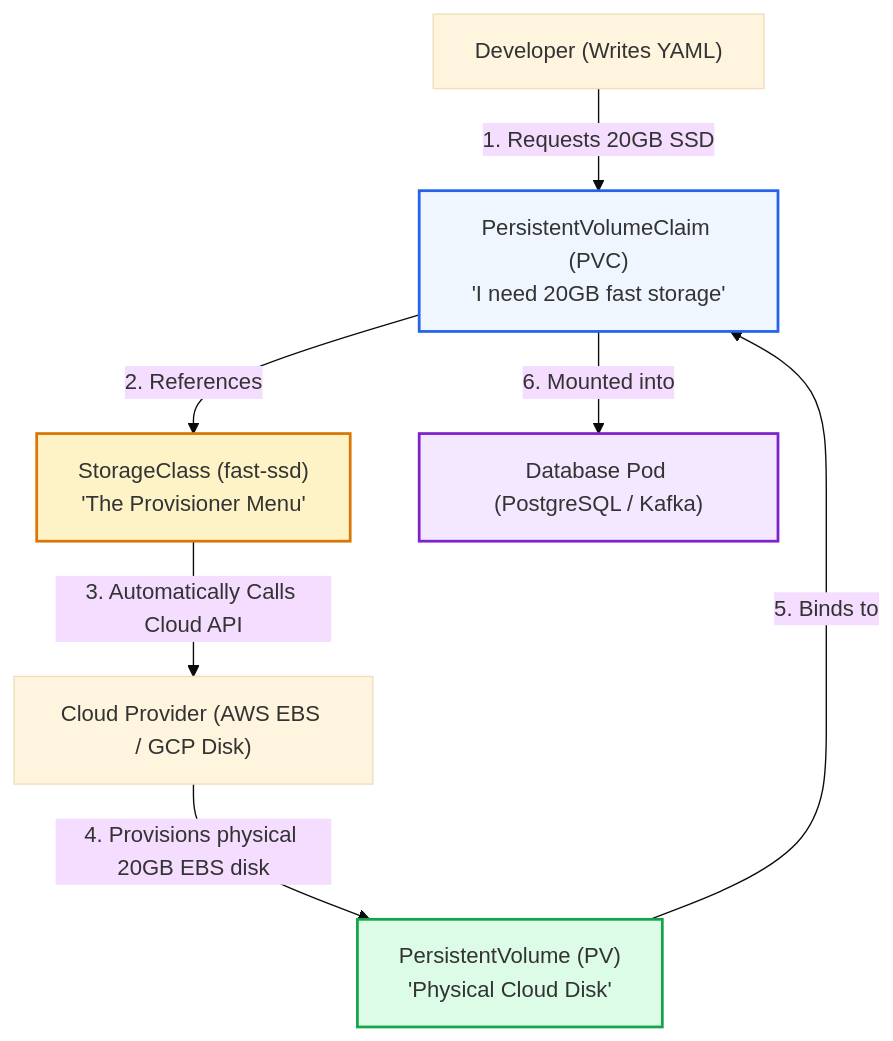
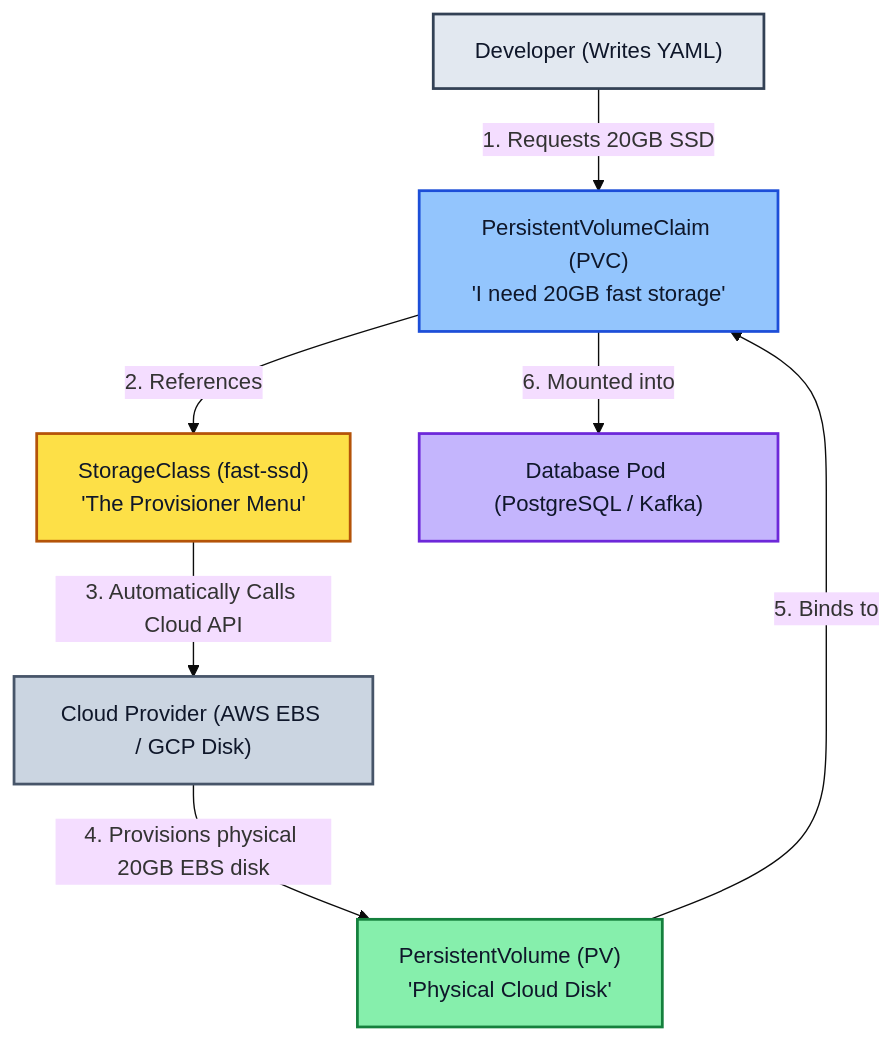
The first of 3 diagrams in 02-Kubernetes/04-Storage-Config-and-Security.md (PandeyKishan/Study-Notes), drawn with Mermaid (base theme) before and after one commit. The commit also changed other lines of this file and 22 other files, not shown here.

Commit message:
docs: enhance diagram visibility with high-contrast palette and add concise book definitions

````diff
--- a/02-Kubernetes/04-Storage-Config-and-Security.md
+++ b/02-Kubernetes/04-Storage-Config-and-Security.md
@@ -31,14 +31,16 @@
 ```mermaid
 flowchart TD
     Dev["Developer (Writes YAML)"] -->|1. Requests 20GB SSD| PVC["PersistentVolumeClaim (PVC)\n'I need 20GB fast storage'"]
     PVC -->|2. References| SC["StorageClass (fast-ssd)\n'The Provisioner Menu'"]
     SC -->|3. Automatically Calls Cloud API| Cloud["Cloud Provider (AWS EBS / GCP Disk)"]
     Cloud -->|4. Provisions physical 20GB EBS disk| PV["PersistentVolume (PV)\n'Physical Cloud Disk'"]
     PV -->|5. Binds to| PVC
     PVC -->|6. Mounted into| Pod["Database Pod (PostgreSQL / Kafka)"]
 
-    style PVC fill:#eff6ff,stroke:#2563eb,stroke-width:2px
-    style SC fill:#fef3c7,stroke:#d97706,stroke-width:2px
-    style PV fill:#dcfce7,stroke:#16a34a,stroke-width:2px
-    style Pod fill:#f3e8ff,stroke:#7e22ce,stroke-width:2px
+    style Dev fill:#e2e8f0,stroke:#334155,stroke-width:2px,color:#0f172a
+    style PVC fill:#93c5fd,stroke:#1d4ed8,stroke-width:2px,color:#0f172a
+    style SC fill:#fde047,stroke:#b45309,stroke-width:2px,color:#0f172a
+    style Cloud fill:#cbd5e1,stroke:#475569,stroke-width:2px,color:#0f172a
+    style PV fill:#86efac,stroke:#15803d,stroke-width:2px,color:#0f172a
+    style Pod fill:#c4b5fd,stroke:#6d28d9,stroke-width:2px,color:#0f172a
 ```
````
